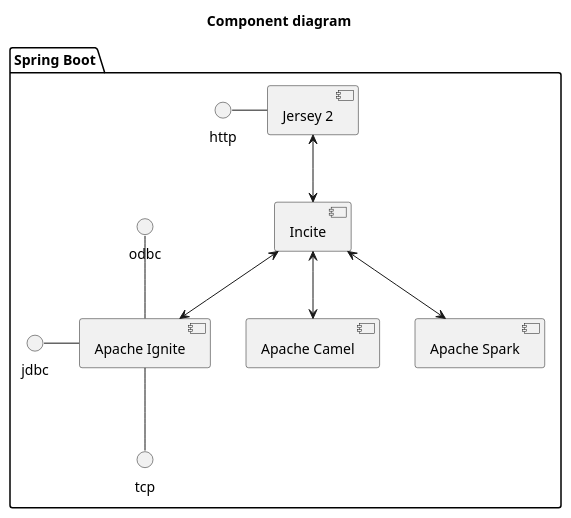
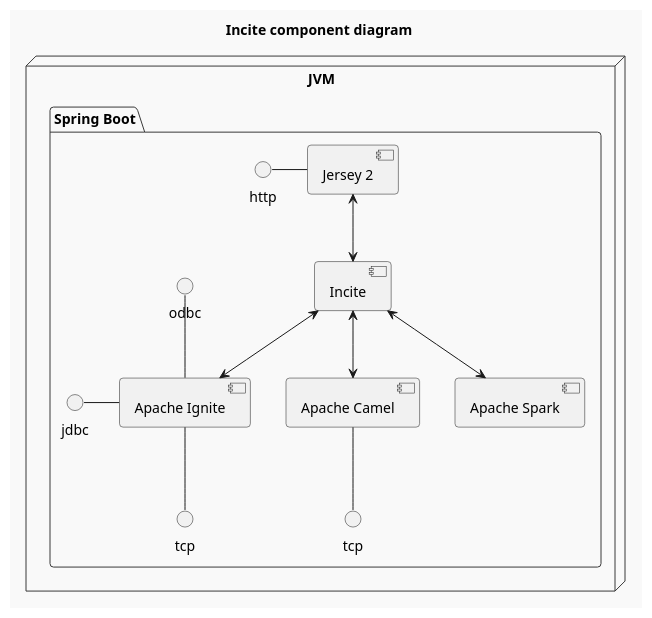
Before and after one commit to Stiggy-C/incite: the diagram in component_diagram.puml, drawn with PlantUML. The commit also changed 5 other files, not shown here.

```diff
--- a/component_diagram.puml
+++ b/component_diagram.puml
@@ -1,26 +1,32 @@
 @startuml
-' !pragma layout elk
+'https://plantuml.com/component-diagram
 
-title "Component diagram"
+!theme mars
 
-folder "Spring Boot" {
+title "Incite component diagram"
 
-    component "Apache Camel" as camel
-    component "Apache Ignite" as ignite
-    component "Apache Spark" as spark
-    component "Incite" as incite
-    component "Jersey 2" as jersey2
+node "JVM" {
+    package "Spring Boot" {
+        component "Apache Camel" as camel
+        component "Apache Ignite" as ignite
+        component "Apache Spark" as spark
+        component "Incite" as incite
+        component "Jersey 2" as jersey2
 
-   http - jersey2
-   jersey2 <--> incite
-   incite <--> camel
-   incite <--> ignite
-   incite <--> spark
+        interface "tcp" as tcp0
+        interface "tcp" as tcp1
 
-   jdbc -right- ignite
-   odbc -down- ignite
-   tcp -up- ignite
+       http - jersey2
+       jersey2 <--> incite
+       incite <--> camel
+       incite <--> ignite
+       incite <--> spark
 
+       jdbc -right- ignite
+       odbc -down- ignite
+       tcp0 -up- ignite
+       tcp1 -up- camel
+    }
 }
 
 @enduml
```
